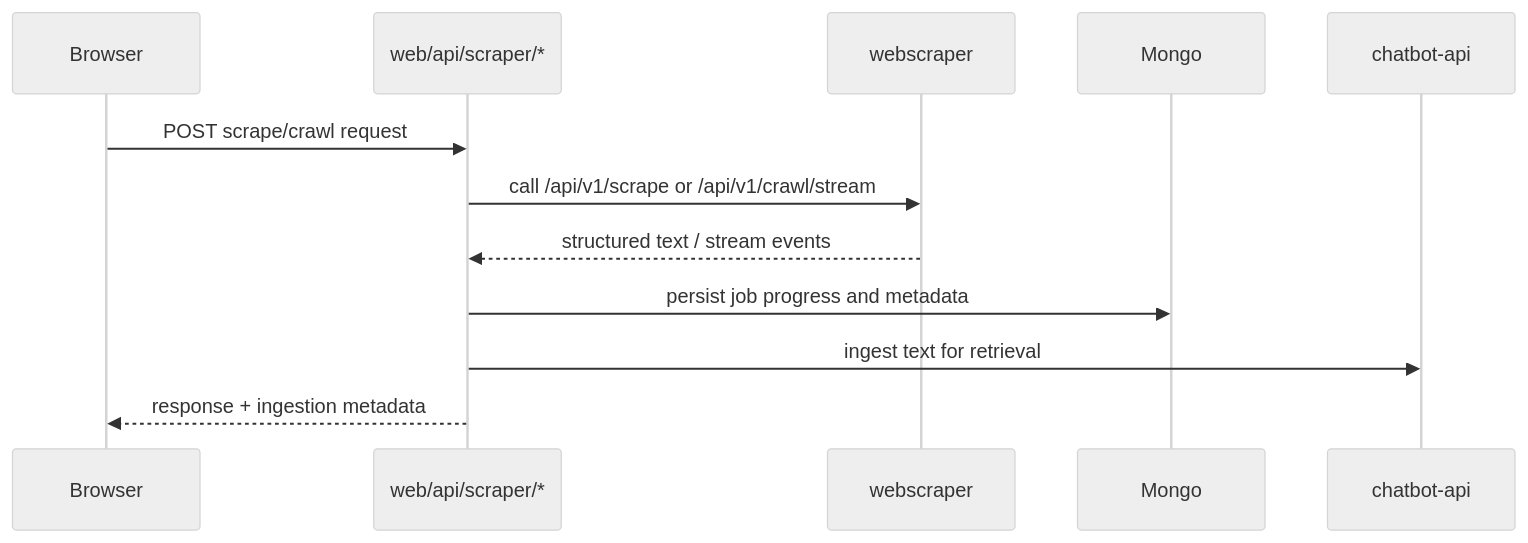
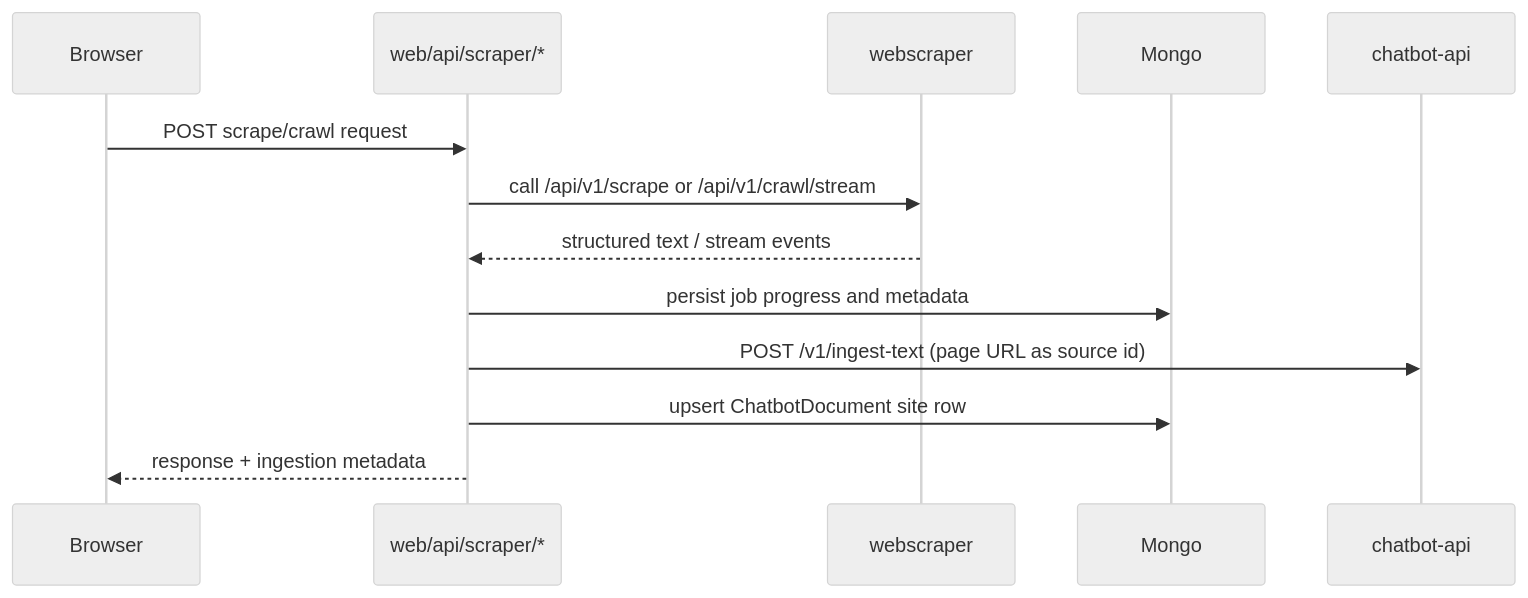
The second of 2 diagrams in monorepo/docs/apps/web/architecture.md (Hamzha/chatbot-service), drawn with Mermaid (neutral theme) before and after one commit. The commit also changed other lines of this file and 24 other files, not shown here.

````diff
--- a/monorepo/docs/apps/web/architecture.md
+++ b/monorepo/docs/apps/web/architecture.md
@@ -38,15 +38,16 @@
 ```mermaid
 sequenceDiagram
     participant Browser
     participant WebAPI as web/api/scraper/*
     participant Scraper as webscraper
     participant DB as Mongo
     participant Chatbot as chatbot-api
 
     Browser->>WebAPI: POST scrape/crawl request
     WebAPI->>Scraper: call /api/v1/scrape or /api/v1/crawl/stream
     Scraper-->>WebAPI: structured text / stream events
     WebAPI->>DB: persist job progress and metadata
-    WebAPI->>Chatbot: ingest text for retrieval
+    WebAPI->>Chatbot: POST /v1/ingest-text (page URL as source id)
+    WebAPI->>DB: upsert ChatbotDocument site row
     WebAPI-->>Browser: response + ingestion metadata
 ```
````
